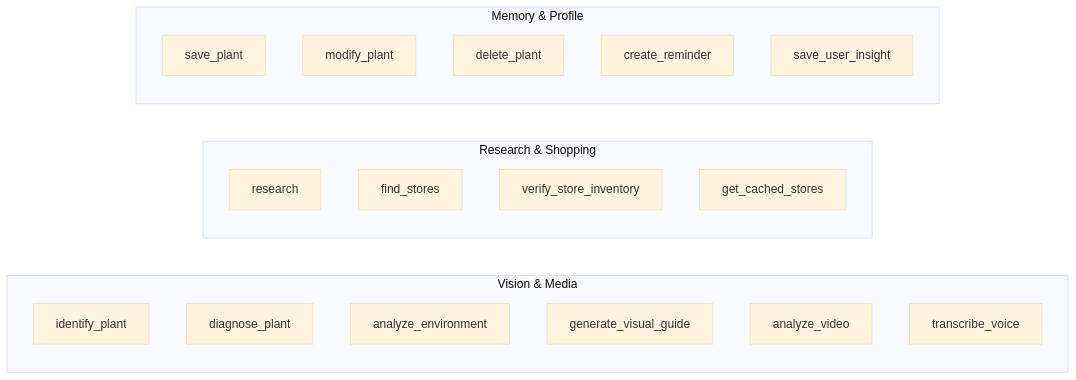
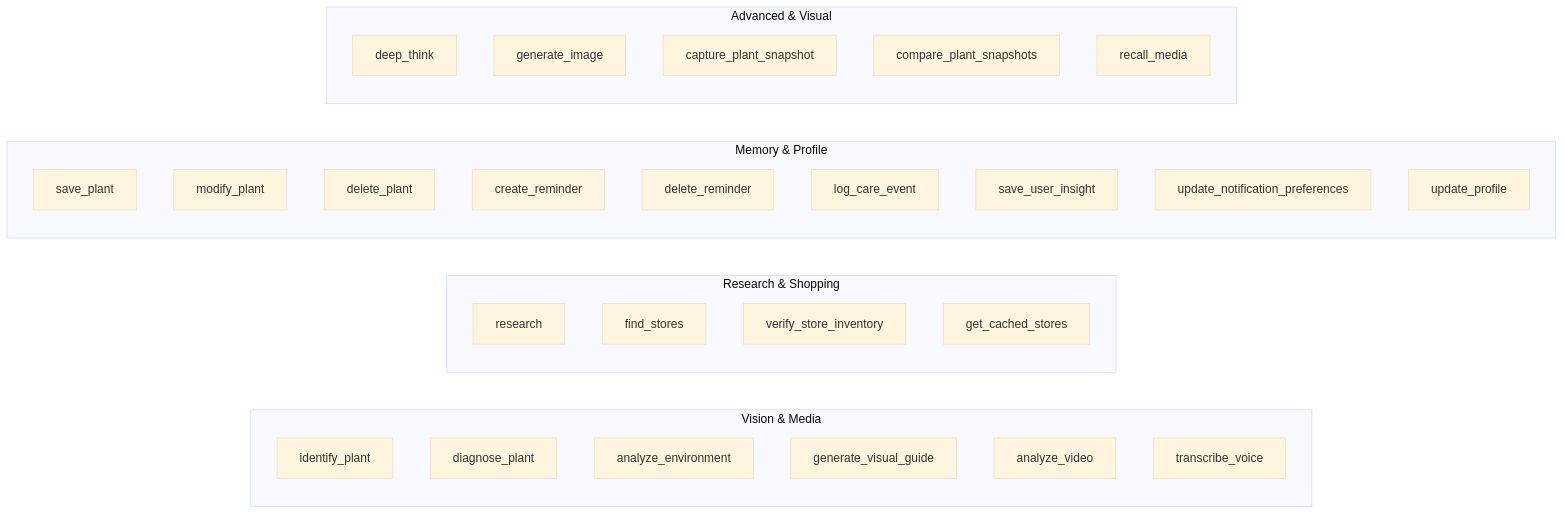
Before and after one commit to masudl-hub/orchidcare: the third of 11 diagrams in docs/TECHNICAL_REPORT.md, drawn with Mermaid (base theme). The commit also changed other lines of this file, not shown here.

````diff
--- a/docs/TECHNICAL_REPORT.md
+++ b/docs/TECHNICAL_REPORT.md
@@ -195,24 +267,35 @@
 ```mermaid
 flowchart LR
     subgraph Vision ["Vision & Media"]
         T1[identify_plant]
         T2[diagnose_plant]
         T3[analyze_environment]
         T4[generate_visual_guide]
         T5[analyze_video]
         T6[transcribe_voice]
     end
     subgraph Research ["Research & Shopping"]
         T7[research]
         T8[find_stores]
         T9[verify_store_inventory]
         T10[get_cached_stores]
     end
     subgraph Memory ["Memory & Profile"]
         T11[save_plant]
         T12[modify_plant]
         T13[delete_plant]
         T14[create_reminder]
-        T15[save_user_insight]
+        T15[delete_reminder]
+        T16[log_care_event]
+        T17[save_user_insight]
+        T18[update_notification_preferences]
+        T19[update_profile]
+    end
+    subgraph Advanced ["Advanced & Visual"]
+        T20[deep_think]
+        T21[generate_image]
+        T22[capture_plant_snapshot]
+        T23[compare_plant_snapshots]
+        T24[recall_media]
     end
 ```
````
